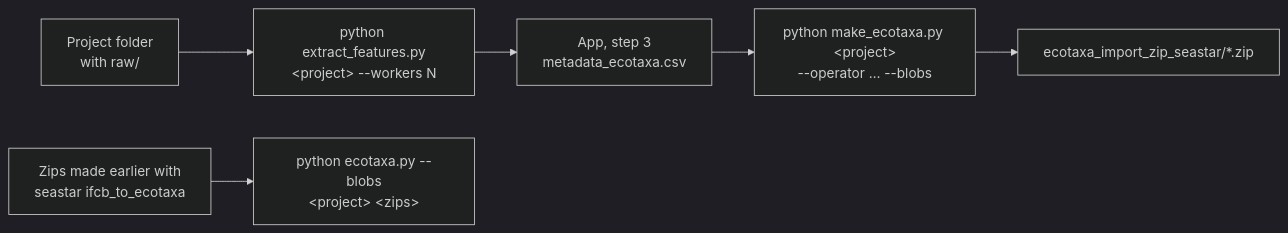
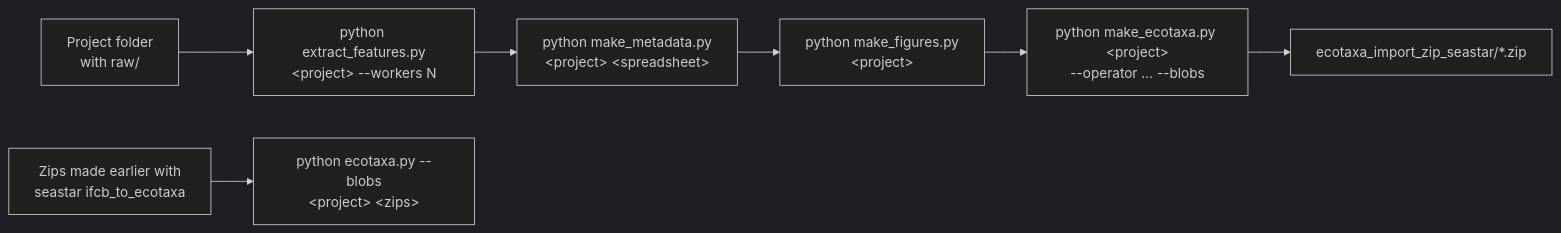
The fourth of 4 diagrams in docs/PROTOCOL.md (NOC-OI/seastar), drawn with Mermaid (dark theme) before and after one commit. The commit also changed other lines of this file and 6 other files, not shown here.

````diff
--- a/docs/PROTOCOL.md
+++ b/docs/PROTOCOL.md
@@ -222,8 +223,9 @@
 ```mermaid
 flowchart LR
     A["Project folder<br/>with raw/"] --> B["python extract_features.py<br/>&lt;project&gt; --workers N"]
-    B --> C["App, step 3<br/>metadata_ecotaxa.csv"]
-    C --> D["python make_ecotaxa.py &lt;project&gt;<br/>--operator … --blobs"]
+    B --> C["python make_metadata.py<br/>&lt;project&gt; &lt;spreadsheet&gt;"]
+    C --> Q["python make_figures.py<br/>&lt;project&gt;"]
+    Q --> D["python make_ecotaxa.py &lt;project&gt;<br/>--operator … --blobs"]
     D --> E["ecotaxa_import_zip_seastar/*.zip"]
     F["Zips made earlier with<br/>seastar ifcb_to_ecotaxa"] --> G["python ecotaxa.py --blobs<br/>&lt;project&gt; &lt;zips&gt;"]
 ```
````
